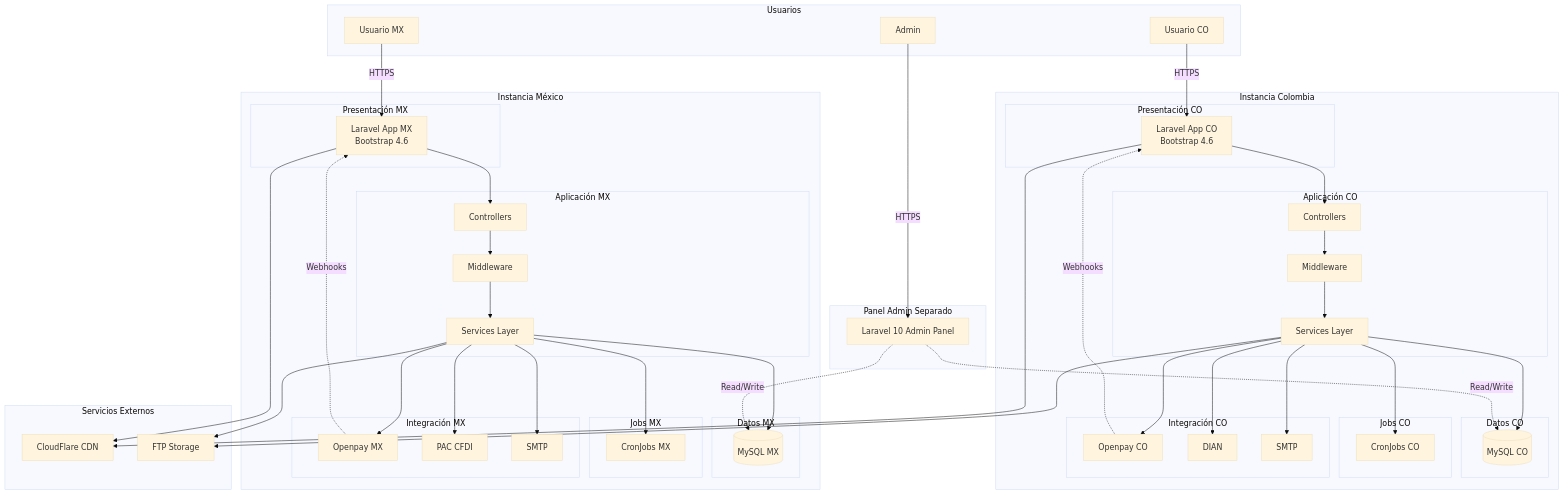
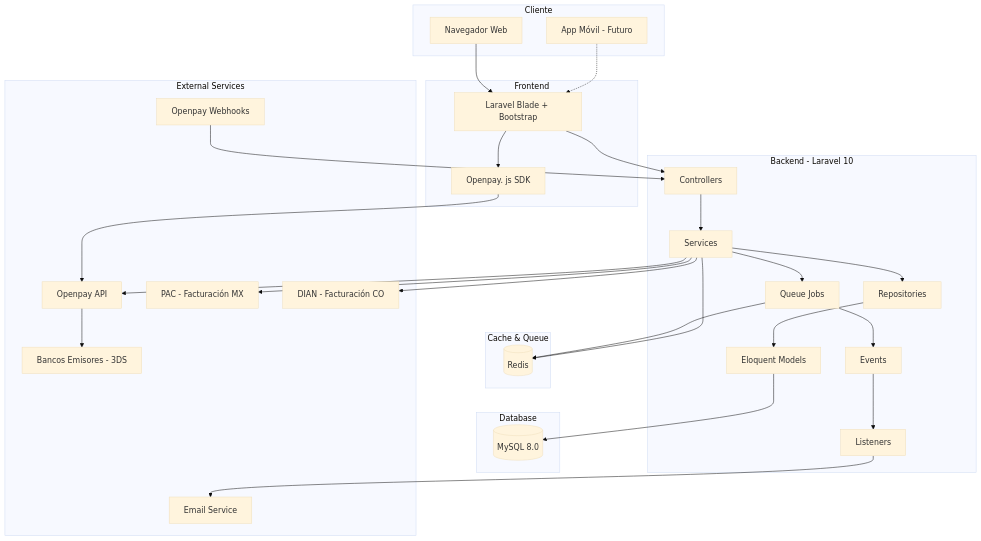
The first of 4 diagrams in docs/ARCHITECTURE.md (CesarAntolinez/docs-agenda-medica-subscripciones), drawn with Mermaid (base theme) before and after one commit. The commit also changed other lines of this file, not shown here.

Commit message:
Add complete system architecture documentation with 3DS

````diff
--- a/docs/ARCHITECTURE.md
+++ b/docs/ARCHITECTURE.md
@@ -37,102 +70,66 @@
 ```mermaid
 graph TB
-    subgraph "Usuarios"
-        U1[Usuario MX]
-        U2[Usuario CO]
-        A1[Admin]
+    subgraph "Cliente"
+        Browser[Navegador Web]
+        Mobile[App Móvil - Futuro]
     end
-
-    subgraph "Instancia México"
-        subgraph "Presentación MX"
-            WEB_MX[Laravel App MX<br/>Bootstrap 4.6]
-        end
-        
-        subgraph "Aplicación MX"
-            CTL_MX[Controllers]
-            MW_MX[Middleware]
-            SRV_MX[Services Layer]
-        end
-        
-        subgraph "Datos MX"
-            DB_MX[(MySQL MX)]
-        end
-        
-        subgraph "Jobs MX"
-            JOBS_MX[CronJobs MX]
-        end
-        
-        subgraph "Integración MX"
-            OP_MX[Openpay MX]
-            PAC[PAC CFDI]
-            SMTP_MX[SMTP]
-        end
+    
+    subgraph "Frontend"
+        WebApp[Laravel Blade + Bootstrap]
+        OpenpayJS[Openpay. js SDK]
     end
-
-    subgraph "Instancia Colombia"
-        subgraph "Presentación CO"
-            WEB_CO[Laravel App CO<br/>Bootstrap 4.6]
-        end
-        
-        subgraph "Aplicación CO"
-            CTL_CO[Controllers]
-            MW_CO[Middleware]
-            SRV_CO[Services Layer]
-        end
-        
-        subgraph "Datos CO"
-            DB_CO[(MySQL CO)]
-        end
-        
-        subgraph "Jobs CO"
-            JOBS_CO[CronJobs CO]
-        end
-        
-        subgraph "Integración CO"
-            OP_CO[Openpay CO]
-            DIAN[DIAN]
-            SMTP_CO[SMTP]
-        end
+    
+    subgraph "Backend - Laravel 10"
+        Controllers[Controllers]
+        Services[Services]
+        Repositories[Repositories]
+        Models[Eloquent Models]
+        Jobs[Queue Jobs]
+        Events[Events]
+        Listeners[Listeners]
     end
-
-    subgraph "Panel Admin Separado"
-        ADMIN[Laravel 10 Admin Panel]
+    
+    subgraph "Database"
+        MySQL[(MySQL 8.0)]
     end
-
-    subgraph "Servicios Externos"
-        CDN[CloudFlare CDN]
-        STORAGE[FTP Storage]
+    
+    subgraph "Cache & Queue"
+        Redis[(Redis)]
     end
-
-    U1 -->|HTTPS| WEB_MX
-    U2 -->|HTTPS| WEB_CO
-    A1 -->|HTTPS| ADMIN
     
-    WEB_MX --> CTL_MX
-    CTL_MX --> MW_MX
-    MW_MX --> SRV_MX
-    SRV_MX --> DB_MX
-    SRV_MX --> JOBS_MX
-    SRV_MX --> OP_MX
-    SRV_MX --> PAC
-    SRV_MX --> SMTP_MX
+    subgraph "External Services"
+        Openpay[Openpay API]
+        OpenpayWebhooks[Openpay Webhooks]
+        Banco[Bancos Emisores - 3DS]
+        PAC[PAC - Facturación MX]
+        DIAN[DIAN - Facturación CO]
+        SMTP[Email Service]
+    end
     
-    WEB_CO --> CTL_CO
-    CTL_CO --> MW_CO
-    MW_CO --> SRV_CO
-    SRV_CO --> DB_CO
-    SRV_CO --> JOBS_CO
-    SRV_CO --> OP_CO
-    SRV_CO --> DIAN
-    SRV_CO --> SMTP_CO
+    Browser --> WebApp
+    Mobile -.-> WebApp
     
-    ADMIN -.->|Read/Write| DB_MX
-    ADMIN -.->|Read/Write| DB_CO
+    WebApp --> Controllers
+    WebApp --> OpenpayJS
     
-    WEB_MX --> CDN
-    WEB_CO --> CDN
-    SRV_MX --> STORAGE
-    SRV_CO --> STORAGE
+    Controllers --> Services
+    Services --> Repositories
+    Repositories --> Models
+    Models --> MySQL
     
-    OP_MX -.->|Webhooks| WEB_MX
-    OP_CO -.->|Webhooks| WEB_CO
+    Services --> Jobs
+    Jobs --> Redis
+    Jobs --> Events
+    Events --> Listeners
+    
+    Services --> Openpay
+    OpenpayWebhooks --> Controllers
+    OpenpayJS --> Openpay
+    Openpay --> Banco
+    
+    Listeners --> SMTP
+    Services --> PAC
+    Services --> DIAN
+    
+    Services --> Redis
 ```
````
